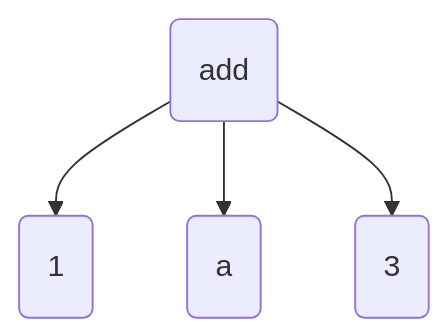
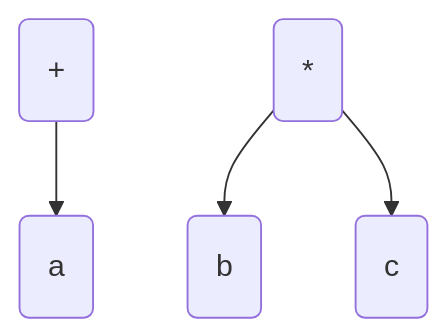
One commit to pengvyn/kavpix-code changed diagram 15 of 49 in src/essays/number-tree/essay.md. Above: the diagram before and after it, drawn with Mermaid. The commit also changed other lines of this file and 1 other file, not shown here.

````diff
--- a/src/essays/number-tree/essay.md
+++ b/src/essays/number-tree/essay.md
@@ -115,6 +277,6 @@
 ```mermaid
     graph TD;
-        add(add) --> 1(1);
-        add --> a(a);
-        add --> 3(3);
+        add(+) --> a(a);
+        mul(*) --> b(b);
+        mul --> c(c);
 ```
````
